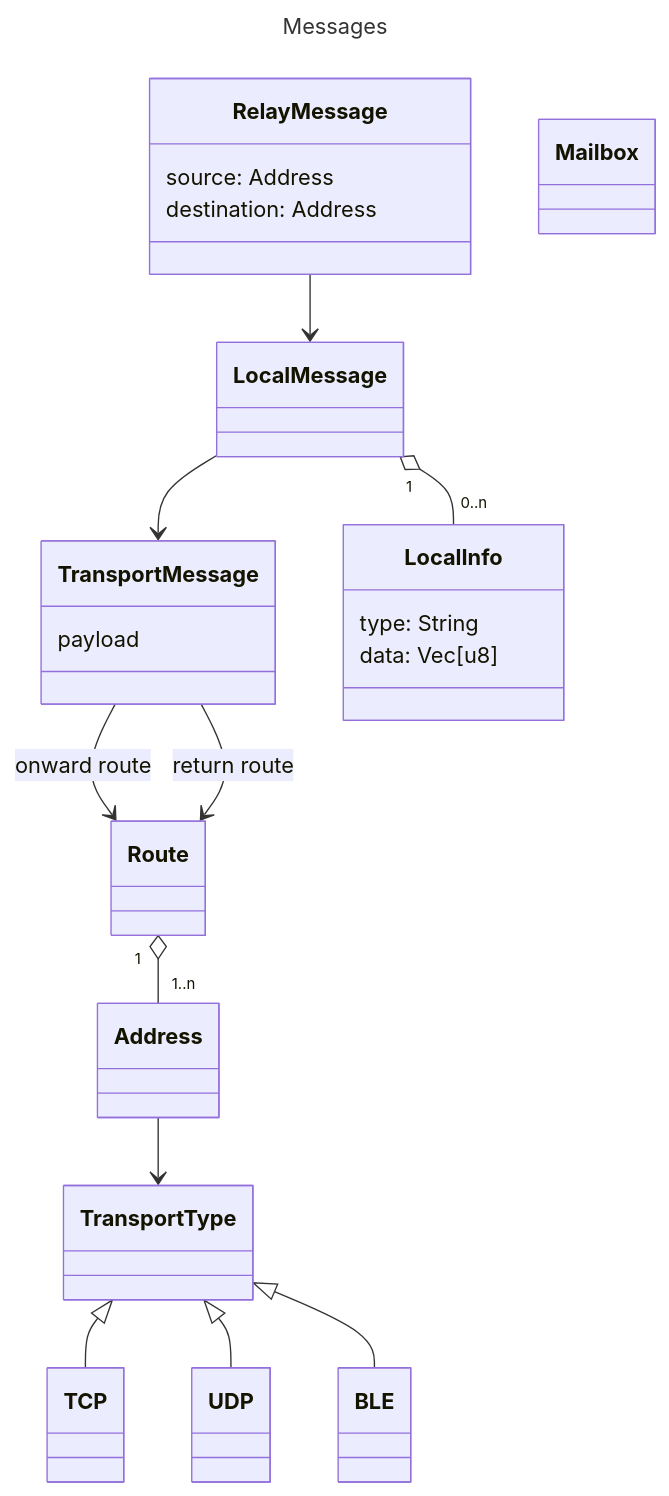
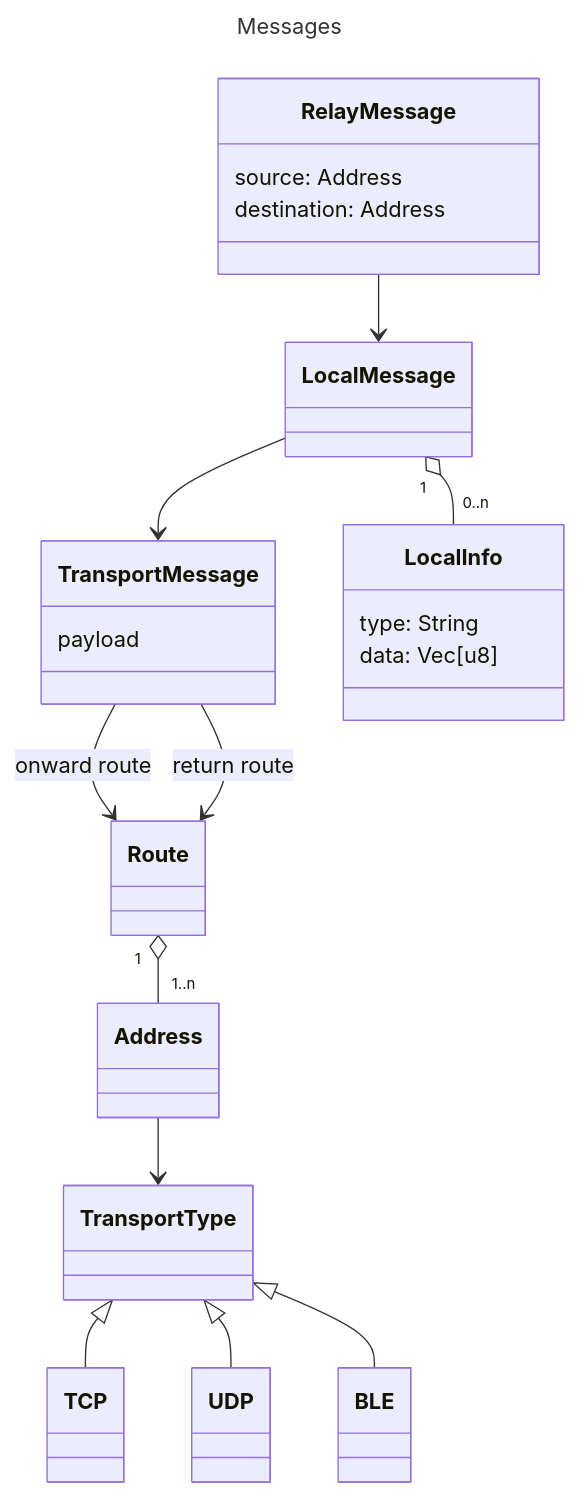
One commit to build-trust/ockam-documentation changed the first of 5 diagrams in reference/libraries/rust/internals/nodes.md. Above: the diagram before and after it, drawn with Mermaid. The commit also changed other lines of this file, not shown here.

````diff
--- a/reference/libraries/rust/internals/nodes.md
+++ b/reference/libraries/rust/internals/nodes.md
@@ -21,36 +19,41 @@
 ```mermaid
 ---
 title: Messages
 ---
 classDiagram
+
     class TransportType
     TransportType <|-- TCP
     TransportType <|-- UDP
     TransportType <|-- BLE
+
     class Address
     Address --> TransportType
+
     class Route
     Route "1" o-- "1..n" Address
 
     class TransportMessage {
       payload
     }
 
     TransportMessage --> Route : onward route
     TransportMessage --> Route : return route
 
     class LocalMessage
     LocalMessage --> TransportMessage
     LocalMessage "1" o-- "0..n" LocalInfo
+
     class LocalInfo {
       type: String
       data: Vec[u8]
     }
 
     class RelayMessage {
       source: Address
       destination: Address
     }
+
     RelayMessage --> LocalMessage
-    class Mailbox
+    
 ```
````
